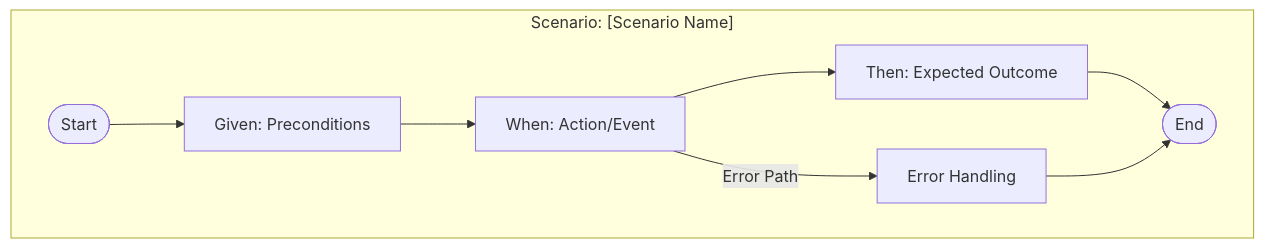
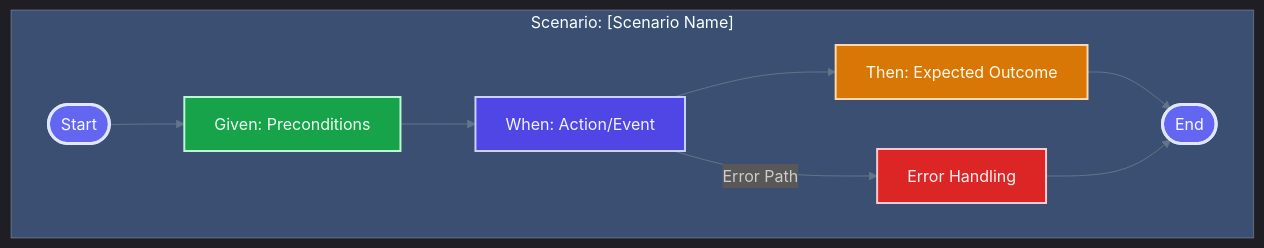
Before and after one commit to TheCowboyAI/cim-start: the fourth of 4 diagrams in .claude/agents/bdd-expert.md, drawn with Mermaid. The commit also changed other lines of this file and 33 other files, not shown here.

````diff
--- a/.claude/agents/bdd-expert.md
+++ b/.claude/agents/bdd-expert.md
@@ -350,18 +407,31 @@
 ```mermaid
+%%{init: {"theme":"dark","themeVariables":{"primaryColor":"#4f46e5","primaryTextColor":"#f8fafc","primaryBorderColor":"#6366f1","lineColor":"#64748b","secondaryColor":"#1e293b","tertiaryColor":"#0f172a","background":"#0f172a","mainBkg":"#1e293b","secondBkg":"#334155","tertiaryBkg":"#475569"}}}%%
 graph TD
     subgraph "Scenario: [Scenario Name]"
         START([Start])
         GIVEN[Given: Preconditions]
         WHEN[When: Action/Event]
         THEN[Then: Expected Outcome]
         END([End])
         
         START --> GIVEN
         GIVEN --> WHEN
         WHEN --> THEN
         THEN --> END
         
         WHEN --> |Error Path| ERROR[Error Handling]
         ERROR --> END
     end
+    
+    classDef startEndNode fill:#6366f1,stroke:#e0e7ff,stroke-width:3px,color:#f8fafc
+    classDef givenNode fill:#16a34a,stroke:#bbf7d0,stroke-width:2px,color:#f0fdf4
+    classDef whenNode fill:#4f46e5,stroke:#c7d2fe,stroke-width:2px,color:#f1f5f9
+    classDef thenNode fill:#d97706,stroke:#fed7aa,stroke-width:2px,color:#fffbeb
+    classDef errorNode fill:#dc2626,stroke:#fecaca,stroke-width:2px,color:#fef2f2
+    
+    class START,END startEndNode
+    class GIVEN givenNode
+    class WHEN whenNode
+    class THEN thenNode
+    class ERROR errorNode
 ```
````
